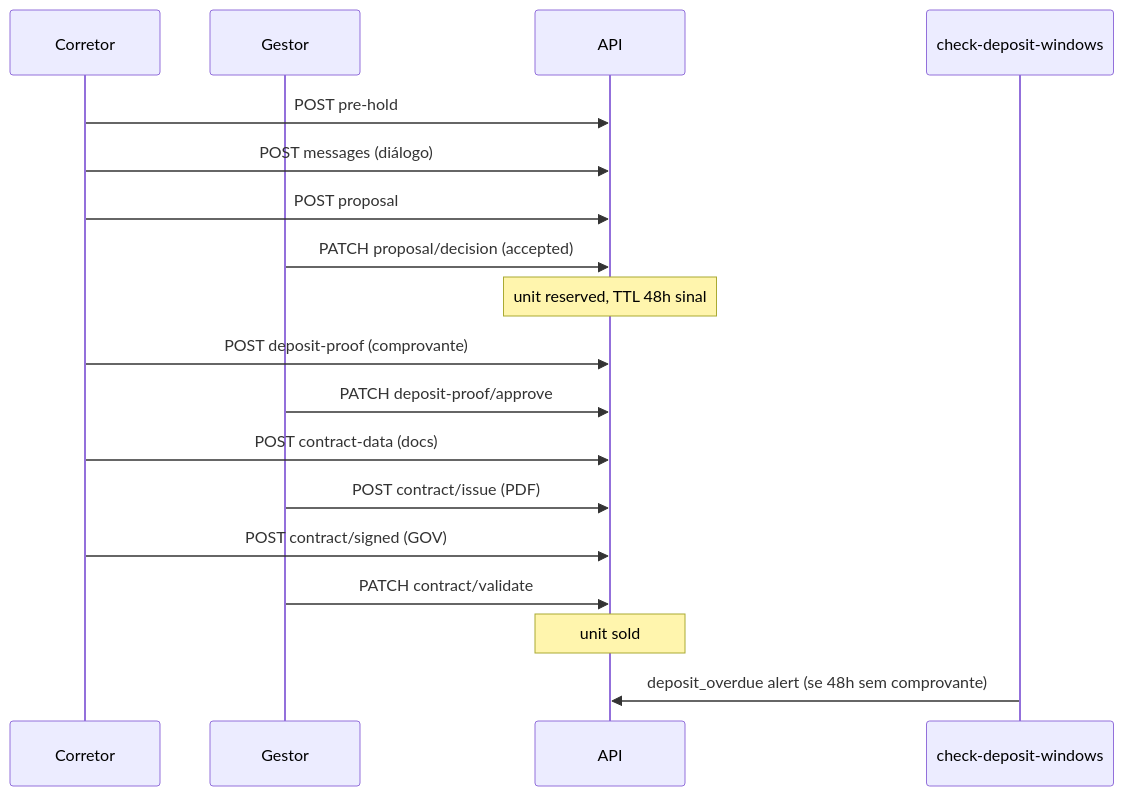
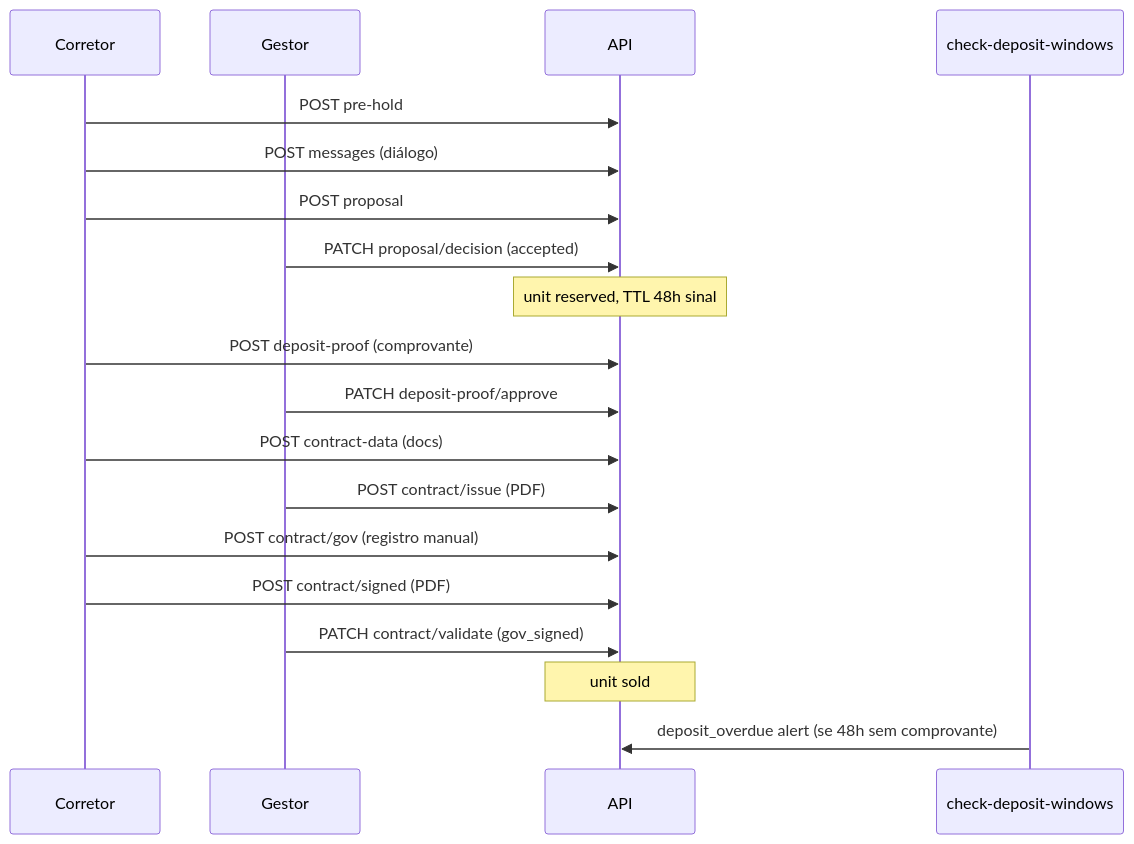
The sixth of 9 diagrams in .specs/codebase/FLOWS.md (laerciocrestani/oportalimobiliario), drawn with Mermaid before and after one commit. The commit also changed other lines of this file and 6 other files, not shown here.

First line of the commit message:
docs(reservation-timeline): mark Fase D as done

````diff
--- a/.specs/codebase/FLOWS.md
+++ b/.specs/codebase/FLOWS.md
@@ -178,21 +178,22 @@
 ```mermaid
 sequenceDiagram
     participant Brk as Corretor
     participant Bld as Gestor
     participant API as API
     participant CMD as check-deposit-windows
 
     Brk->>API: POST pre-hold
     Brk->>API: POST messages (diálogo)
     Brk->>API: POST proposal
     Bld->>API: PATCH proposal/decision (accepted)
     Note over API: unit reserved, TTL 48h sinal
     Brk->>API: POST deposit-proof (comprovante)
     Bld->>API: PATCH deposit-proof/approve
     Brk->>API: POST contract-data (docs)
     Bld->>API: POST contract/issue (PDF)
-    Brk->>API: POST contract/signed (GOV)
-    Bld->>API: PATCH contract/validate
+    Brk->>API: POST contract/gov (registro manual)
+    Brk->>API: POST contract/signed (PDF)
+    Bld->>API: PATCH contract/validate (gov_signed)
     Note over API: unit sold
     CMD->>API: deposit_overdue alert (se 48h sem comprovante)
 ```
````
